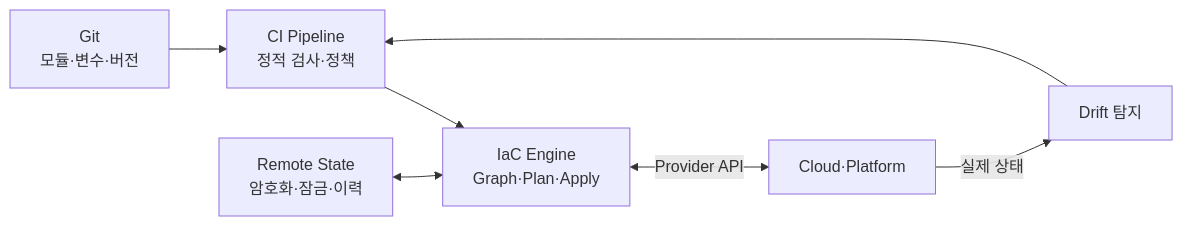
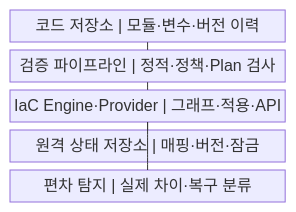
One commit to agnusdei1207/knowledge-base changed the first of 2 diagrams in src/content/docs/notes/03-software/182_infrastructure_as_code.md. Above: the diagram before and after it, drawn with Mermaid. The commit also changed other lines of this file and 20 other files, not shown here.

````diff
--- a/src/content/docs/notes/03-software/182_infrastructure_as_code.md
+++ b/src/content/docs/notes/03-software/182_infrastructure_as_code.md
@@ -60,9 +55,13 @@
 ```mermaid
-flowchart LR
-    G["Git<br/>모듈·변수·버전"] --> P["CI Pipeline<br/>정적 검사·정책"]
-    P --> E["IaC Engine<br/>Graph·Plan·Apply"]
-    S["Remote State<br/>암호화·잠금·이력"] <--> E
-    E <-->|"Provider API"| I["Cloud·Platform"]
-    I -->|"실제 상태"| D["Drift 탐지"]
-    D --> P
+block
+    columns 1
+    A["코드 저장소 | 모듈·변수·버전 이력"]
+    B["검증 파이프라인 | 정적·정책·Plan 검사"]
+    C["IaC Engine·Provider | 그래프·적용·API"]
+    D["원격 상태 저장소 | 매핑·버전·잠금"]
+    E["편차 탐지 | 실제 차이·복구 분류"]
+    A --- B
+    B --- C
+    C --- D
+    C --- E
 ```
````
